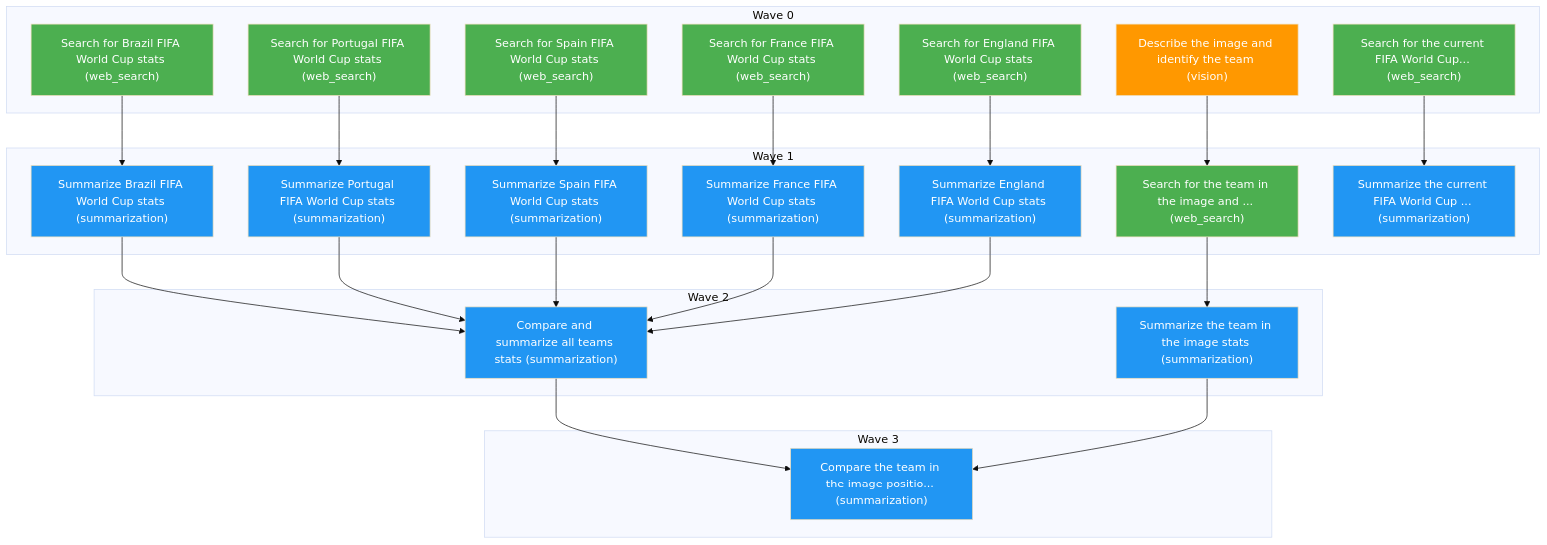
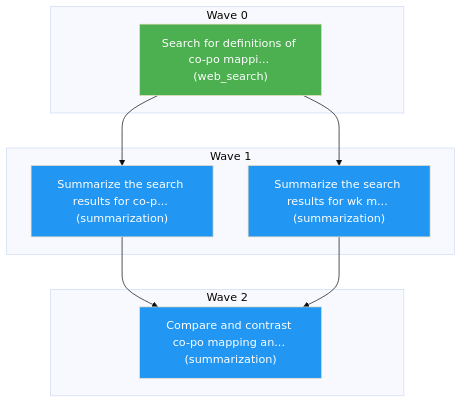
The diagram in outputs/plan.md (hisham1665/VOS_v.0.0.1), drawn with Mermaid (base theme) before and after one commit. The commit also changed other lines of this file and 1 other file, not shown here.

````diff
--- a/outputs/plan.md
+++ b/outputs/plan.md
@@ -26,64 +13,25 @@
 ```mermaid
 flowchart TD
     subgraph Wave 0
-        a["Describe the image and identify the team (vision)"]
-        b["Search for Brazil FIFA World Cup stats (web_search)"]
-        c["Search for Portugal FIFA World Cup stats (web_search)"]
-        d["Search for Spain FIFA World Cup stats (web_search)"]
-        e["Search for France FIFA World Cup stats (web_search)"]
-        f["Search for England FIFA World Cup stats (web_search)"]
-        o["Search for the current FIFA World Cup... (web_search)"]
+        a["Search for definitions of co-po mappi... (web_search)"]
     end
     subgraph Wave 1
-        m["Search for the team in the image and ... (web_search)"]
-        g["Summarize Brazil FIFA World Cup stats (summarization)"]
-        h["Summarize Portugal FIFA World Cup stats (summarization)"]
-        i["Summarize Spain FIFA World Cup stats (summarization)"]
-        j["Summarize France FIFA World Cup stats (summarization)"]
-        k["Summarize England FIFA World Cup stats (summarization)"]
-        p["Summarize the current FIFA World Cup ... (summarization)"]
+        b["Summarize the search results for co-p... (summarization)"]
+        c["Summarize the search results for wk m... (summarization)"]
     end
     subgraph Wave 2
-        n["Summarize the team in the image stats (summarization)"]
-        l["Compare and summarize all teams stats (summarization)"]
+        d["Compare and contrast co-po mapping an... (summarization)"]
     end
-    subgraph Wave 3
-        q["Compare the team in the image positio... (summarization)"]
-    end
-    b --> g
-    c --> h
-    d --> i
-    e --> j
-    f --> k
-    g --> l
-    h --> l
-    i --> l
-    j --> l
-    k --> l
-    a --> m
-    m --> n
-    o --> p
-    l --> q
-    n --> q
+    a --> b
+    a --> c
+    b --> d
+    c --> d
 
     classDef web_searchStyle fill:#4CAF50,color:#fff
     classDef summarizationStyle fill:#2196F3,color:#fff
     classDef visionStyle fill:#FF9800,color:#fff
-    class a visionStyle
-    class b web_searchStyle
-    class c web_searchStyle
-    class d web_searchStyle
-    class e web_searchStyle
-    class f web_searchStyle
-    class g summarizationStyle
-    class h summarizationStyle
-    class i summarizationStyle
-    class j summarizationStyle
-    class k summarizationStyle
-    class l summarizationStyle
-    class m web_searchStyle
-    class n summarizationStyle
-    class o web_searchStyle
-    class p summarizationStyle
-    class q summarizationStyle
+    class a web_searchStyle
+    class b summarizationStyle
+    class c summarizationStyle
+    class d summarizationStyle
 ```
````
